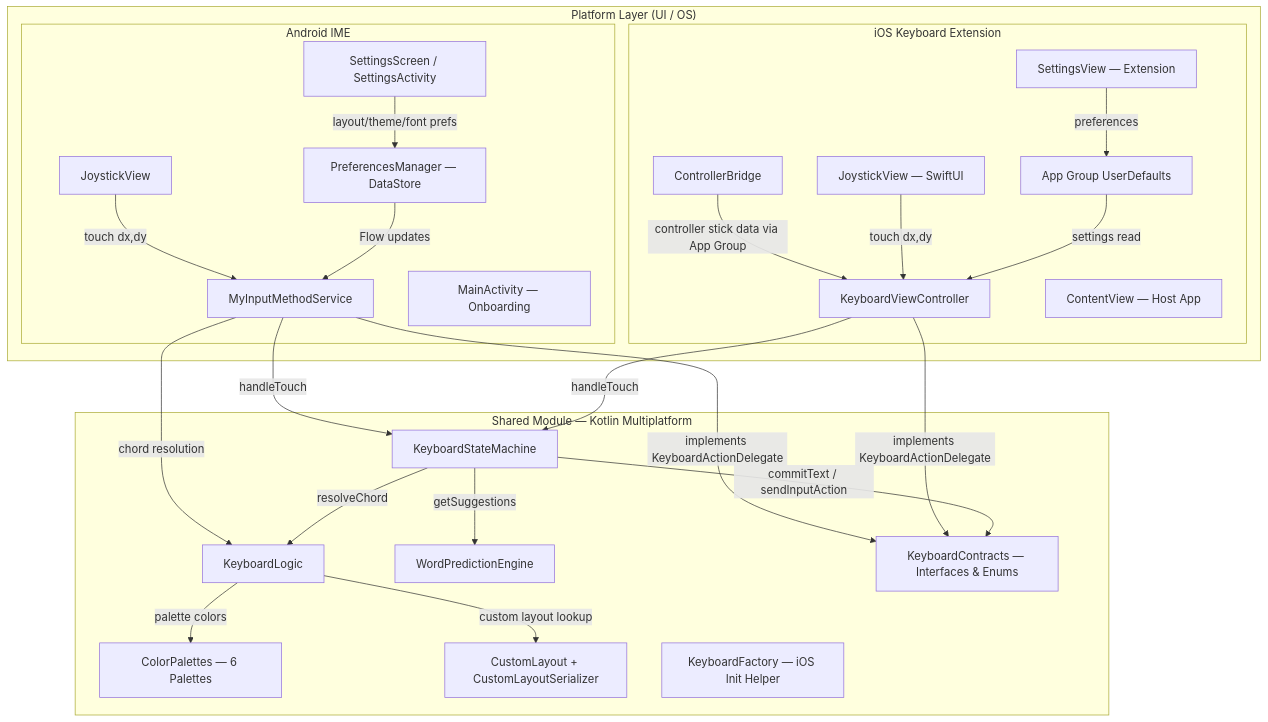
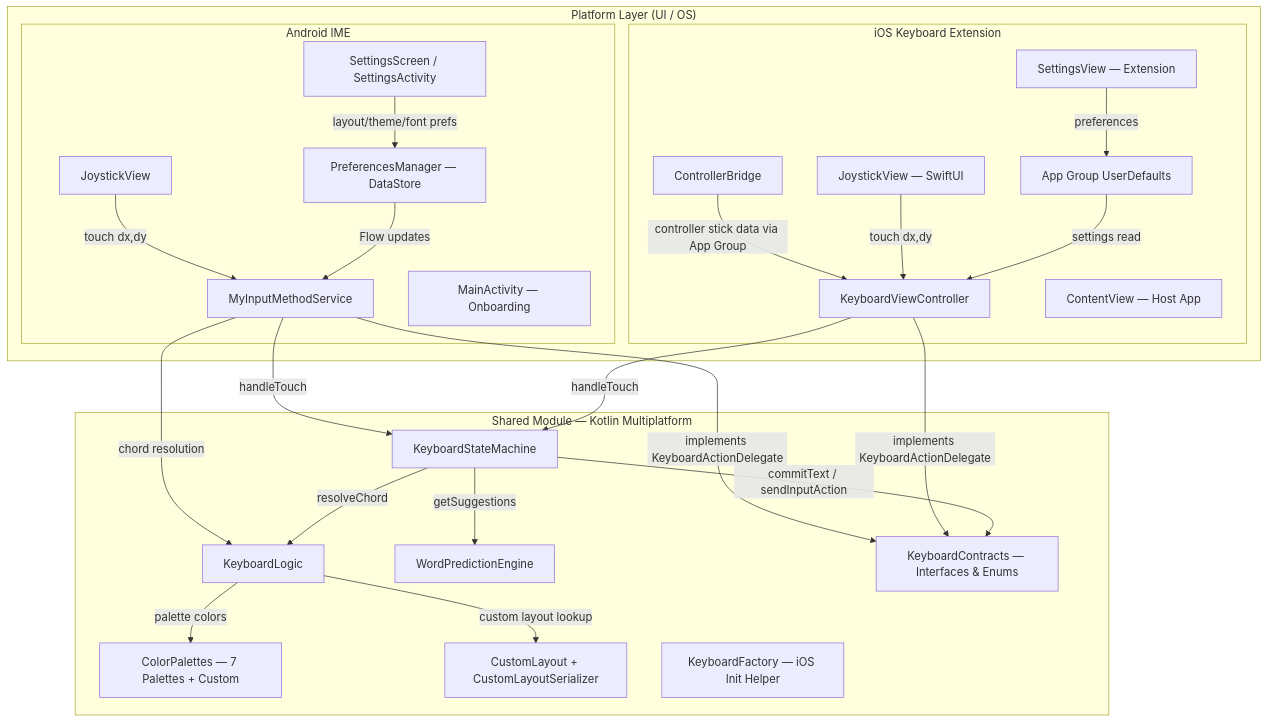
The first of 7 diagrams in APP_CONTEXT.md (vatsalunadkat/ERICKeyboard), drawn with Mermaid before and after one commit. The commit also changed other lines of this file and 8 other files, not shown here.

````diff
--- a/APP_CONTEXT.md
+++ b/APP_CONTEXT.md
@@ -67,50 +67,50 @@
 ```mermaid
 graph TB
     subgraph Platform["Platform Layer (UI / OS)"]
         subgraph Android["Android IME"]
             A1[MyInputMethodService]
             A2[JoystickView]
             A3[SettingsScreen / SettingsActivity]
             A4[MainActivity — Onboarding]
             A5[PreferencesManager — DataStore]
         end
         subgraph iOS["iOS Keyboard Extension"]
             I1[KeyboardViewController]
             I2[JoystickView — SwiftUI]
             I3[SettingsView — Extension]
             I4[ContentView — Host App]
             I5[App Group UserDefaults]
             I6[ControllerBridge]
         end
     end
 
     subgraph Shared["Shared Module — Kotlin Multiplatform"]
         S1[KeyboardStateMachine]
         S2[KeyboardLogic]
         S3[WordPredictionEngine]
         S4[KeyboardContracts — Interfaces & Enums]
-        S5[ColorPalettes — 6 Palettes]
+        S5[ColorPalettes — 7 Palettes + Custom]
         S6[CustomLayout + CustomLayoutSerializer]
         S7[KeyboardFactory — iOS Init Helper]
     end
 
     A1 -->|implements KeyboardActionDelegate| S4
     A1 -->|handleTouch| S1
     A1 -->|chord resolution| S2
     A2 -->|touch dx,dy| A1
     A3 -->|layout/theme/font prefs| A5
     A5 -->|Flow updates| A1
 
     I1 -->|implements KeyboardActionDelegate| S4
     I1 -->|handleTouch| S1
     I6 -->|controller stick data via App Group| I1
     I2 -->|touch dx,dy| I1
     I3 -->|preferences| I5
     I5 -->|settings read| I1
 
     S1 -->|resolveChord| S2
     S1 -->|getSuggestions| S3
     S1 -->|commitText / sendInputAction| S4
     S2 -->|custom layout lookup| S6
     S2 -->|palette colors| S5
 ```
````
